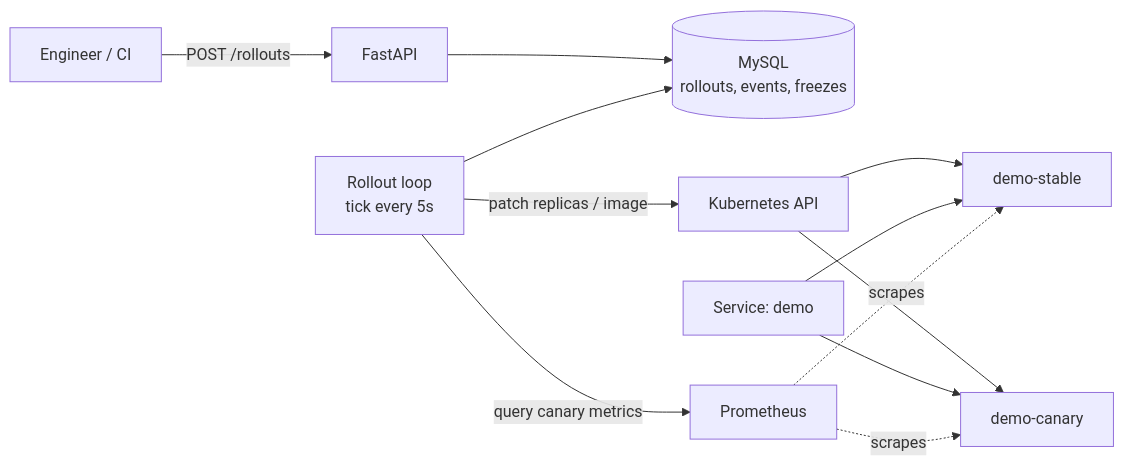
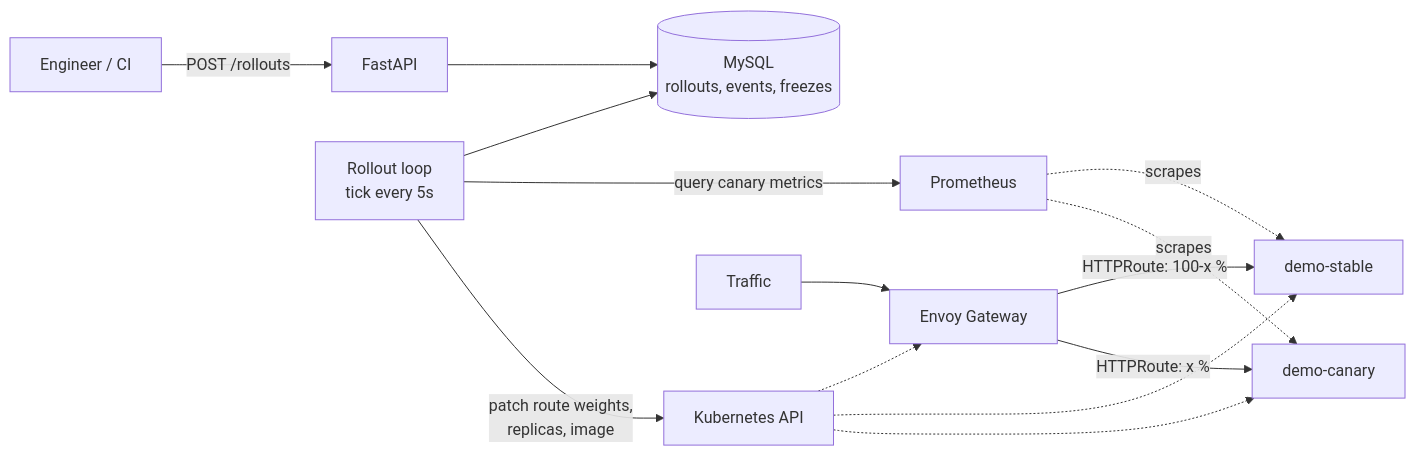
One commit to Awesomeav23/canary-controller changed the diagram in README.md. Above: the diagram before and after it, drawn with Mermaid. The commit also changed other lines of this file and 1 other file, not shown here.

First line of the commit message:
Week 5: verified weighted routing on kind with Envoy Gateway v1.9.3

````diff
--- a/README.md
+++ b/README.md
@@ -12,12 +12,13 @@
 ```mermaid
 flowchart LR
     dev[Engineer / CI] -->|POST /rollouts| api[FastAPI]
     api --> db[(MySQL<br/>rollouts, events, freezes)]
     loop[Rollout loop<br/>tick every 5s] --> db
     loop -->|query canary metrics| prom[Prometheus]
-    loop -->|patch replicas / image| k8s[Kubernetes API]
-    k8s --> stable[demo-stable]
-    k8s --> canary[demo-canary]
-    svc[Service: demo] --> stable & canary
+    loop -->|patch route weights,<br/>replicas, image| k8s[Kubernetes API]
+    users[Traffic] --> gw[Envoy Gateway]
+    gw -->|HTTPRoute: 100-x %| stable[demo-stable]
+    gw -->|HTTPRoute: x %| canary[demo-canary]
+    k8s -.-> gw & stable & canary
     prom -. scrapes .-> stable & canary
 ```
````
